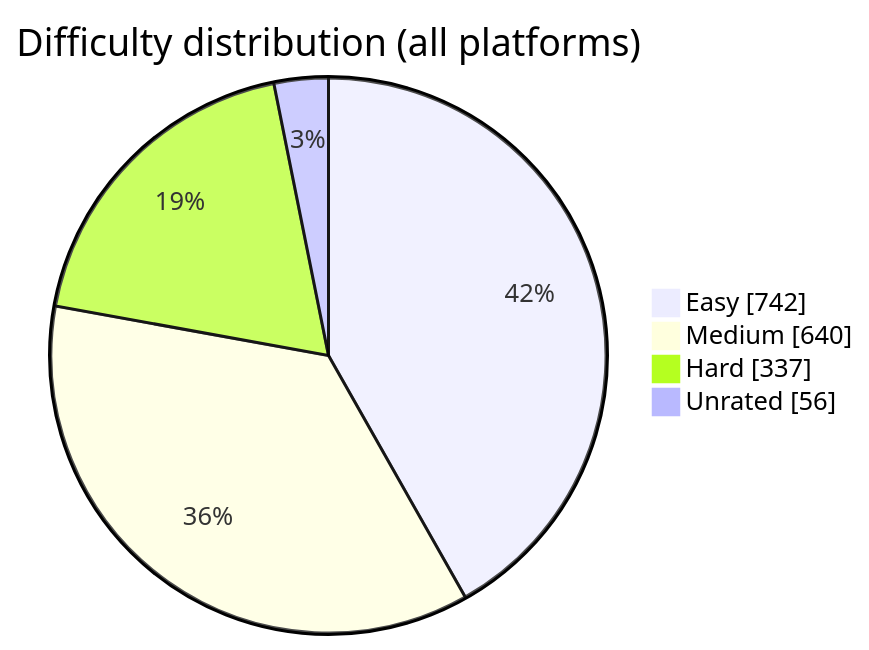
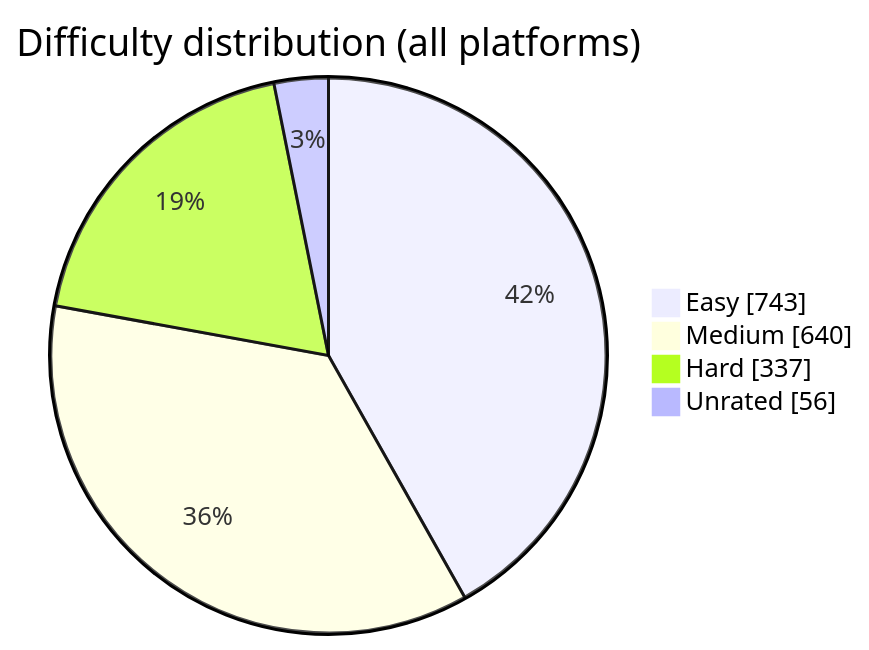
One commit to BuildbyArindam/Daily-Coding-Log changed the diagram in README.md. Above: the diagram before and after it, drawn with Mermaid. The commit also changed other lines of this file, not shown here.

````diff
--- a/README.md
+++ b/README.md
@@ -108,7 +108,7 @@
 ```mermaid
 pie showData title Difficulty distribution (all platforms)
-    "Easy" : 742
+    "Easy" : 743
     "Medium" : 640
     "Hard" : 337
     "Unrated" : 56
 ```
````
